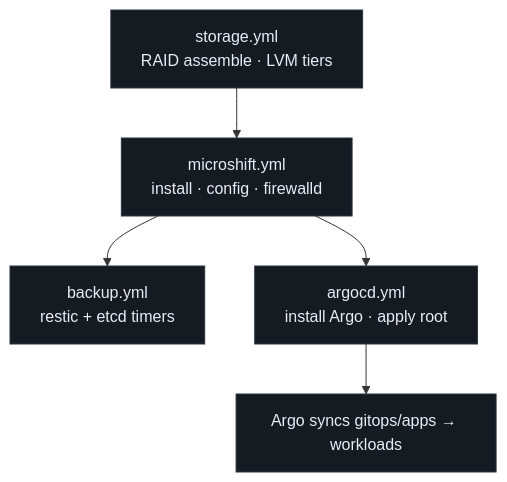
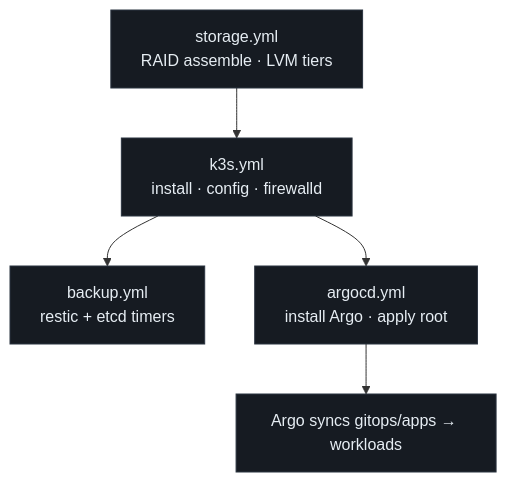
Before and after one commit to swares/HomeLab: the second of 3 diagrams in docs/ARCHITECTURE.md, drawn with Mermaid. The commit also changed other lines of this file and 1 other file, not shown here.

First line of the commit message:
docs: update ARCHITECTURE, SERVICES, LAB-URLS for k3s/lldap/Authelia

````diff
--- a/docs/ARCHITECTURE.md
+++ b/docs/ARCHITECTURE.md
@@ -70,9 +71,9 @@
 ```mermaid
 flowchart TD
-    S[storage.yml<br/>RAID assemble · LVM tiers] --> M[microshift.yml<br/>install · config · firewalld]
-    M --> B[backup.yml<br/>restic + etcd timers]
-    M --> A[argocd.yml<br/>install Argo · apply root]
+    S[storage.yml<br/>RAID assemble · LVM tiers] --> K[k3s.yml<br/>install · config · firewalld]
+    K --> B[backup.yml<br/>restic + etcd timers]
+    K --> A[argocd.yml<br/>install Argo · apply root]
     A --> W[Argo syncs gitops/apps → workloads]
     classDef a fill:#161b22,stroke:#2b3440,color:#e6edf3;
-    class S,M,B,A,W a;
+    class S,K,B,A,W a;
 ```
````
